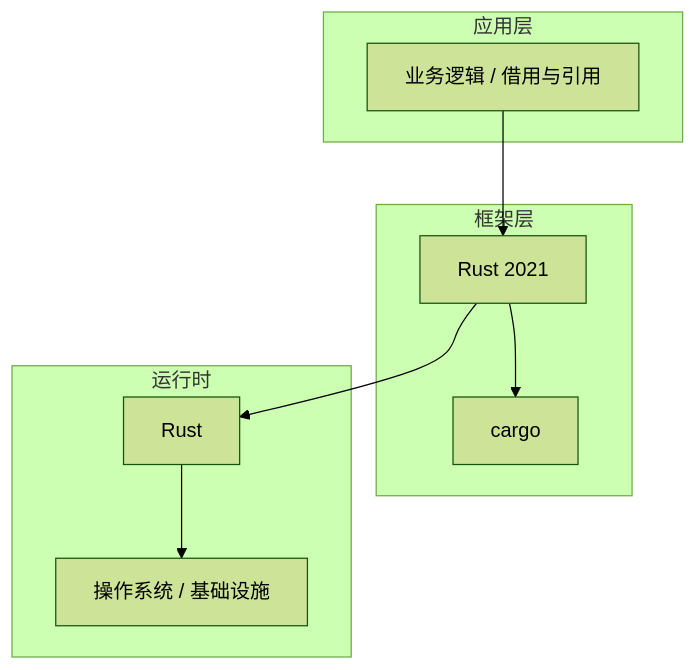
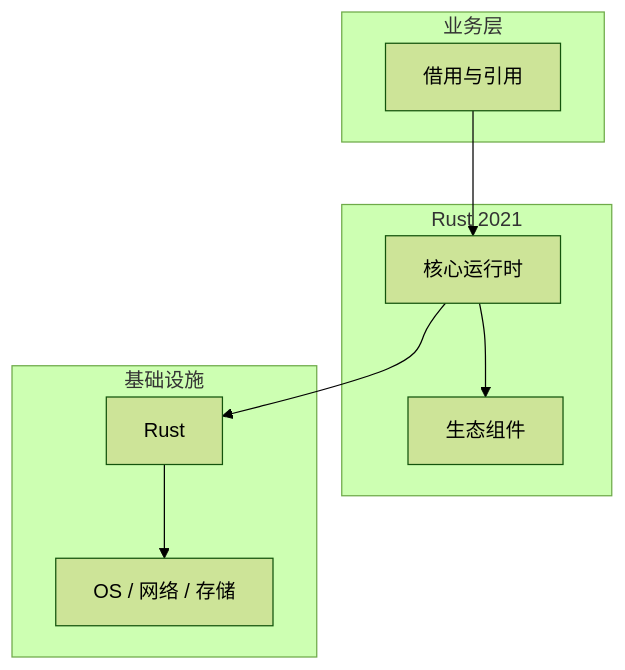
One commit to yanggan2015/knowledge-json-v2 changed the diagram in articles/Rust语言/chapters/015-借用与引用核心概念与原理.md. Above: the diagram before and after it, drawn with Mermaid (forest theme). The commit also changed other lines of this file and 10127 other files, not shown here.

````diff
--- a/articles/Rust语言/chapters/015-借用与引用核心概念与原理.md
+++ b/articles/Rust语言/chapters/015-借用与引用核心概念与原理.md
@@ -45,18 +34,18 @@
 ```mermaid
 graph TB
-    subgraph 应用层
-        A[业务逻辑 / 借用与引用]
+    subgraph 业务层
+        A[借用与引用]
     end
-    subgraph 框架层
-        B[Rust 2021]
-        C[cargo]
+    subgraph Rust 2021
+        B[核心运行时]
+        C[生态组件]
     end
-    subgraph 运行时
+    subgraph 基础设施
         D[Rust]
-        E[操作系统 / 基础设施]
+        E[OS / 网络 / 存储]
     end
     A --> B
     B --> C
     B --> D
     D --> E
 ```
````
